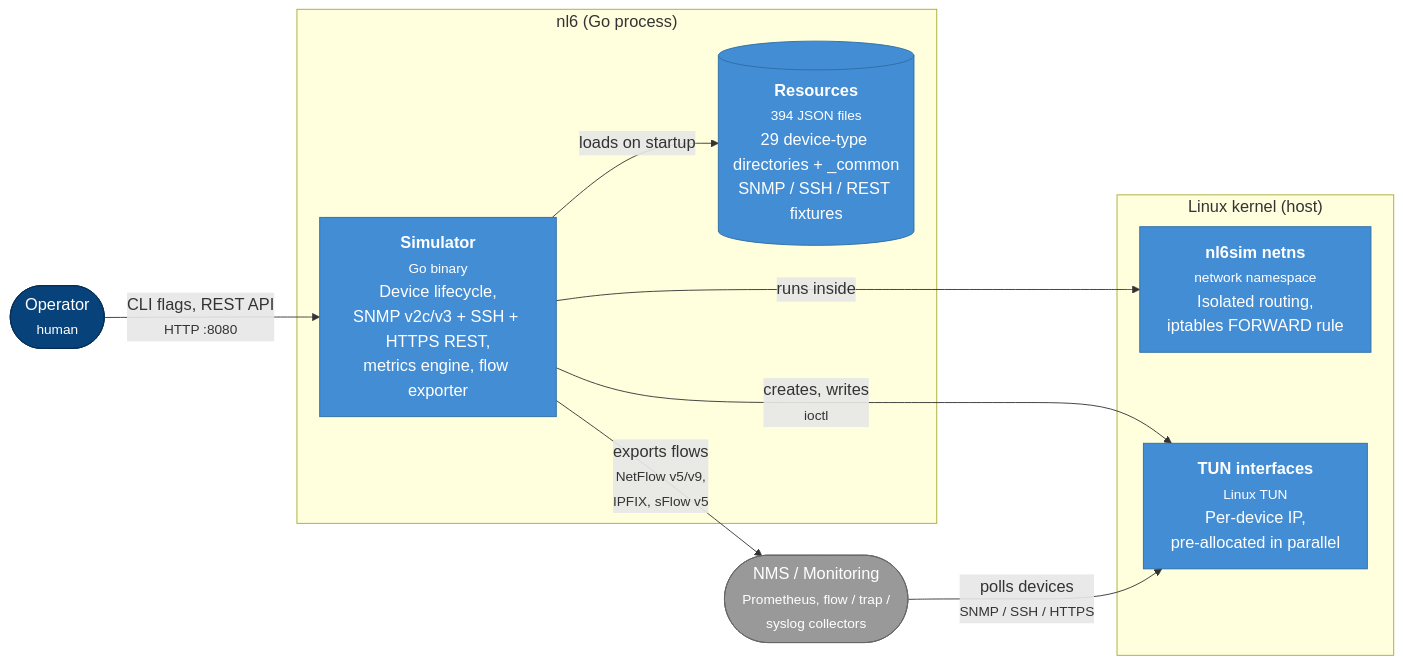
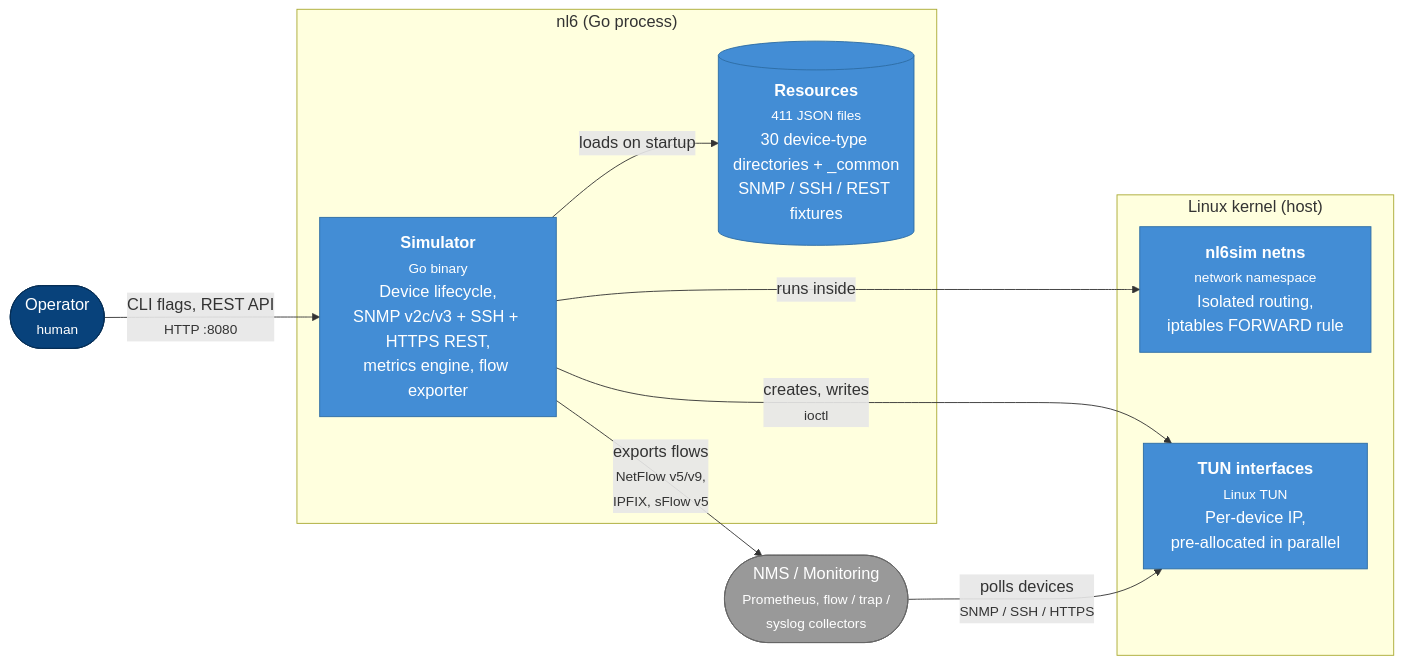
The diagram in docs/explanation/architecture.md (labmonkeys-space/nl6), drawn with Mermaid before and after one commit. The commit also changed other lines of this file and 87 other files, not shown here.

First line of the commit message:
feat(gnmi): path catalogue and juniper_mx10004 device type (#764)

````diff
--- a/docs/explanation/architecture.md
+++ b/docs/explanation/architecture.md
@@ -12,28 +12,28 @@
 ```mermaid
 %%{init: {'themeVariables': {'fontSize': '18px'}}}%%
 flowchart LR
     operator(["Operator<br/><small>human</small>"]):::person
     nms(["NMS / Monitoring<br/><small>Prometheus, flow / trap /<br/>syslog collectors</small>"]):::ext
 
     subgraph nl6 ["nl6 (Go process)"]
         simulator["<b>Simulator</b><br/><small>Go binary</small><br/>Device lifecycle,<br/>SNMP v2c/v3 + SSH + HTTPS REST,<br/>metrics engine, flow exporter"]
-        resources[("<b>Resources</b><br/><small>394 JSON files</small><br/>29 device-type directories + _common<br/>SNMP / SSH / REST fixtures")]
+        resources[("<b>Resources</b><br/><small>411 JSON files</small><br/>30 device-type directories + _common<br/>SNMP / SSH / REST fixtures")]
     end
 
     subgraph kernel ["Linux kernel (host)"]
         netns["<b>nl6sim netns</b><br/><small>network namespace</small><br/>Isolated routing,<br/>iptables FORWARD rule"]
         tun["<b>TUN interfaces</b><br/><small>Linux TUN</small><br/>Per-device IP,<br/>pre-allocated in parallel"]
     end
 
     operator -->|"CLI flags, REST API<br/><small>HTTP :8080</small>"| simulator
     simulator -->|loads on startup| resources
     simulator -->|creates, writes<br/><small>ioctl</small>| tun
     simulator -->|runs inside| netns
     nms -->|"polls devices<br/><small>SNMP / SSH / HTTPS</small>"| tun
     simulator -->|"exports flows<br/><small>NetFlow v5/v9,<br/>IPFIX, sFlow v5</small>"| nms
 
     classDef person fill:#08427b,stroke:#052e56,color:#fff
     classDef ext fill:#999,stroke:#666,color:#fff
     classDef default fill:#438dd5,stroke:#2e6da4,color:#fff
     class simulator,resources,netns,tun default
 ```
````
